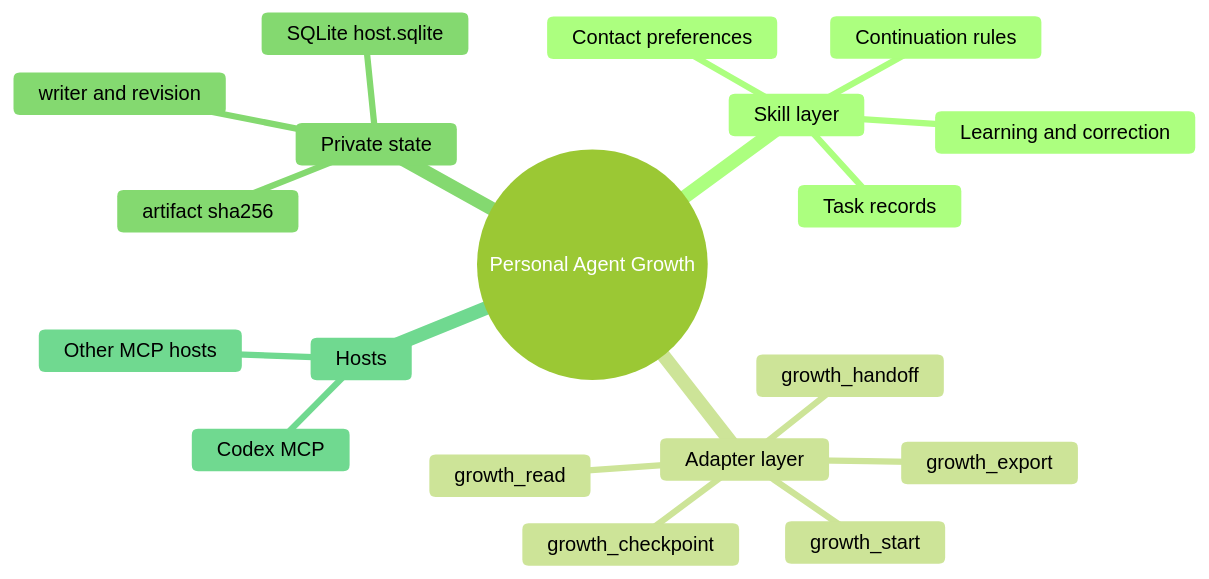
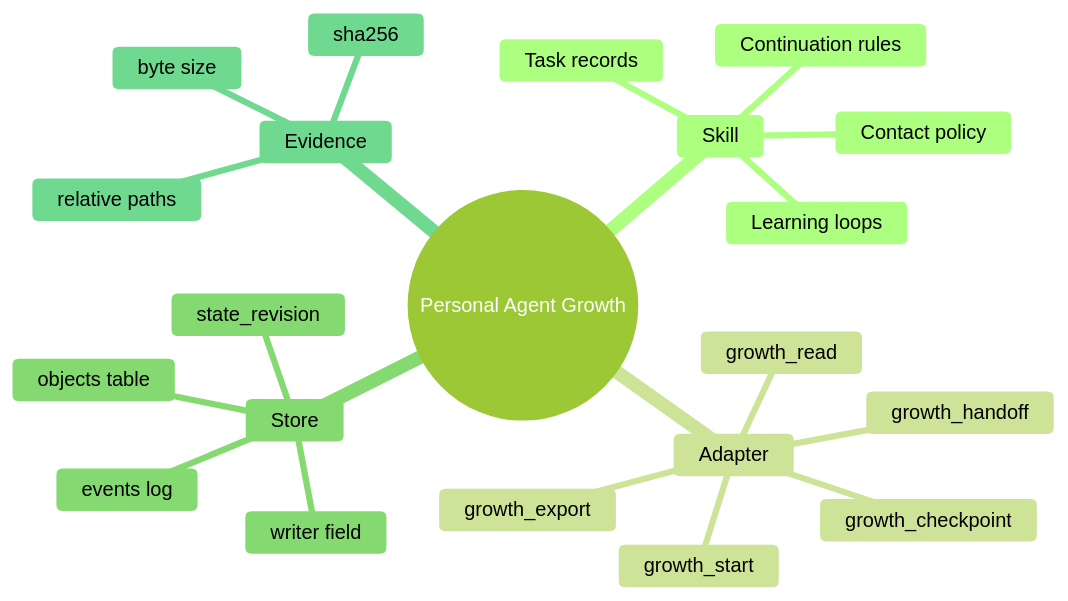
Before and after one commit to KarmenLoop/personal-agent-growth: the second of 4 diagrams in README.md, drawn with Mermaid (forest theme). The commit also changed other lines of this file and 1 other file, not shown here.

Commit message:
docs: refresh README for clarity, FAQ, and architecture

````diff
--- a/README.md
+++ b/README.md
@@ -66,22 +90,24 @@
 ```mermaid
 mindmap
   root((Personal Agent Growth))
-    Skill layer
+    Skill
       Task records
-      Learning and correction
-      Contact preferences
+      Learning loops
+      Contact policy
       Continuation rules
-    Adapter layer
+    Adapter
       growth_start
       growth_checkpoint
       growth_handoff
       growth_read
       growth_export
-    Private state
-      SQLite host.sqlite
-      writer and revision
-      artifact sha256
-    Hosts
-      Codex MCP
-      Other MCP hosts
+    Store
+      objects table
+      events log
+      writer field
+      state_revision
+    Evidence
+      relative paths
+      byte size
+      sha256
 ```
````
